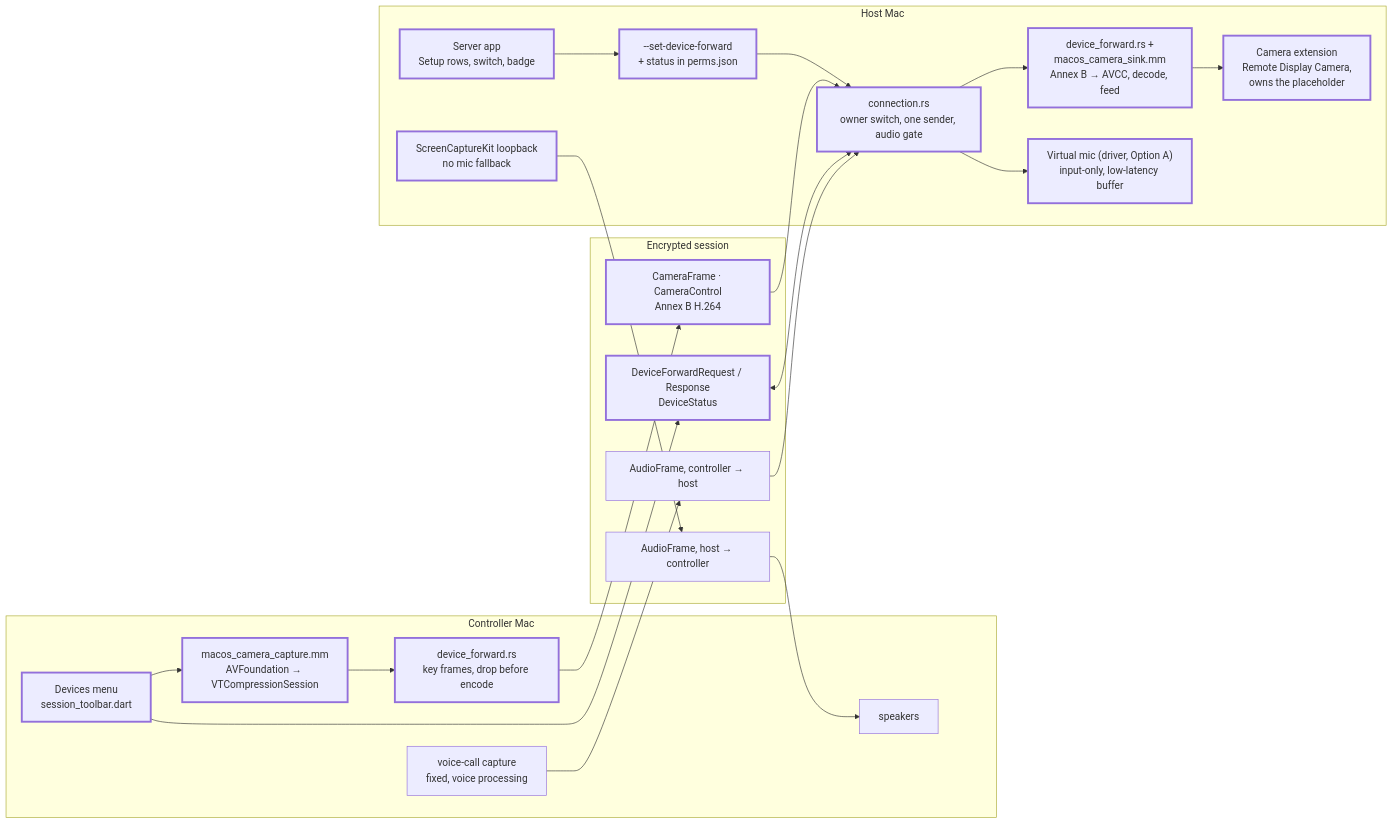
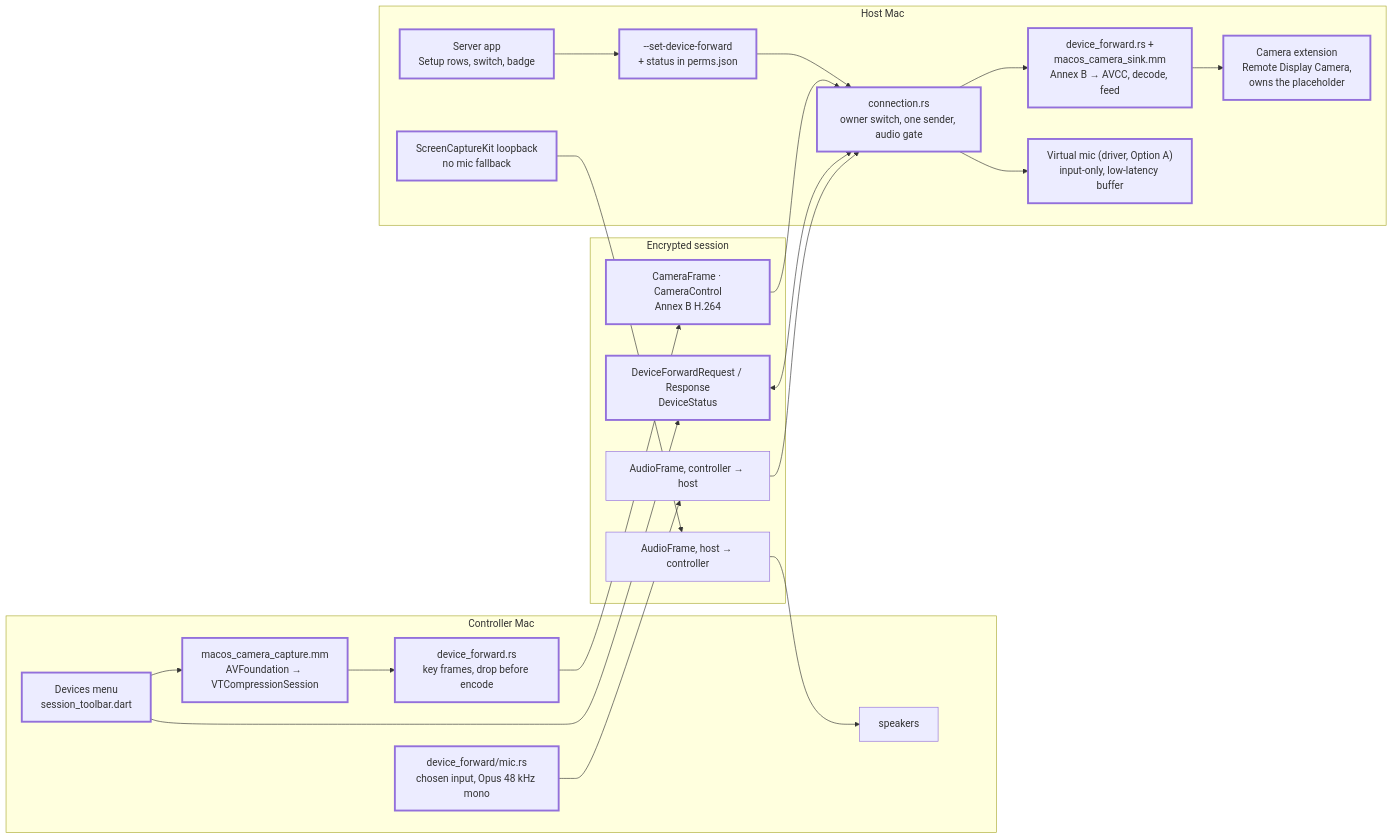
One commit to p-aq/remotedisplay changed the second of 2 diagrams in docs/architecture/README.md. Above: the diagram before and after it, drawn with Mermaid. The commit also changed other lines of this file and 6 other files, not shown here.

First line of the commit message:
Record the microphone on real devices, and echo without voice processing

````diff
--- a/docs/architecture/README.md
+++ b/docs/architecture/README.md
@@ -74,32 +74,32 @@
 ```mermaid
 flowchart LR
   subgraph C["Controller Mac"]
     dev["Devices menu<br/>session_toolbar.dart"]:::new
     cap["macos_camera_capture.mm<br/>AVFoundation → VTCompressionSession"]:::new
     fwd["device_forward.rs<br/>key frames, drop before encode"]:::new
-    mic["voice-call capture<br/>fixed, voice processing"]
+    mic["device_forward/mic.rs<br/>chosen input, Opus 48 kHz mono"]:::new
     spk["speakers"]
     dev --> cap --> fwd
   end
   subgraph S["Encrypted session"]
     cf["CameraFrame · CameraControl<br/>Annex B H.264"]:::new
     ctl["DeviceForwardRequest / Response<br/>DeviceStatus"]:::new
     af1["AudioFrame, controller → host"]
     af2["AudioFrame, host → controller"]
   end
   subgraph H["Host Mac"]
     gate["connection.rs<br/>owner switch, one sender, audio gate"]:::new
     sink["device_forward.rs +<br/>macos_camera_sink.mm<br/>Annex B → AVCC, decode, feed"]:::new
     ext["Camera extension<br/>Remote Display Camera,<br/>owns the placeholder"]:::new
     vmic["Virtual mic (driver, Option A)<br/>input-only, low-latency buffer"]:::new
     sck["ScreenCaptureKit loopback<br/>no mic fallback"]:::new
     app["Server app<br/>Setup rows, switch, badge"]:::new
     cli["--set-device-forward<br/>+ status in perms.json"]:::new
     app --> cli --> gate
   end
   fwd --> cf --> gate --> sink --> ext
   dev --> ctl <--> gate
   mic --> af1 --> gate --> vmic
   sck --> af2 --> spk
   classDef new stroke-width:3px
 ```
````
